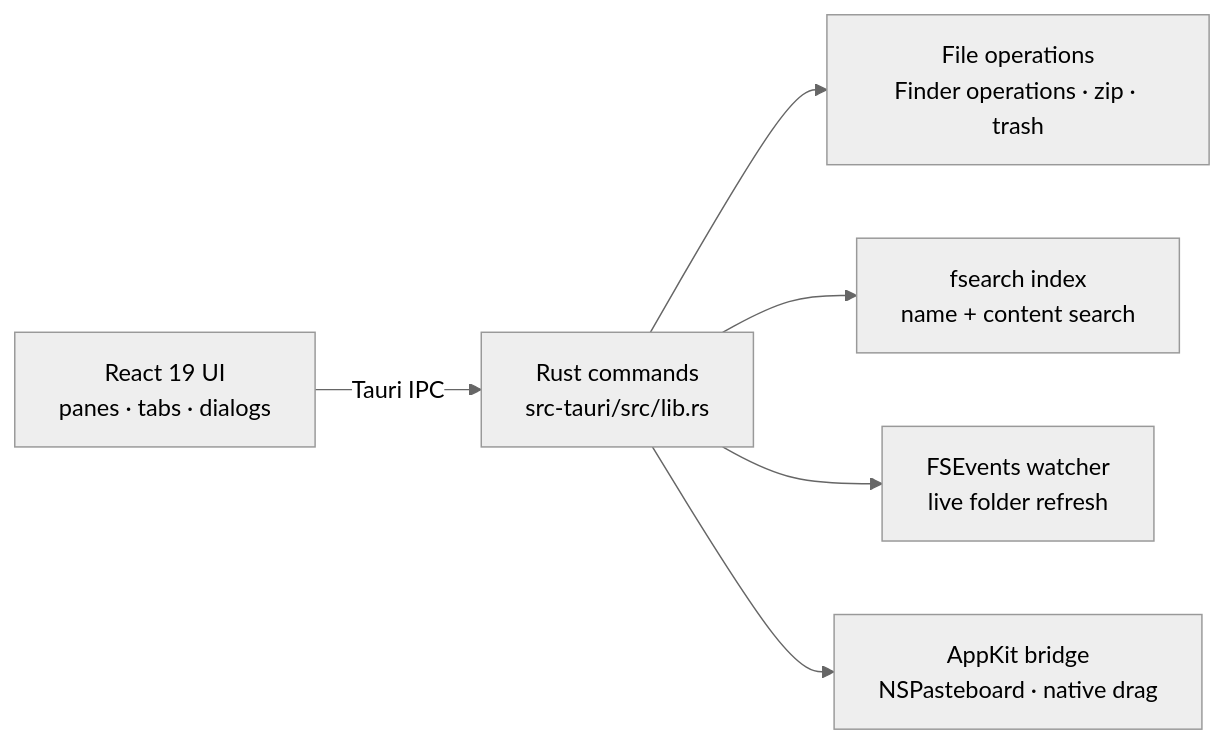
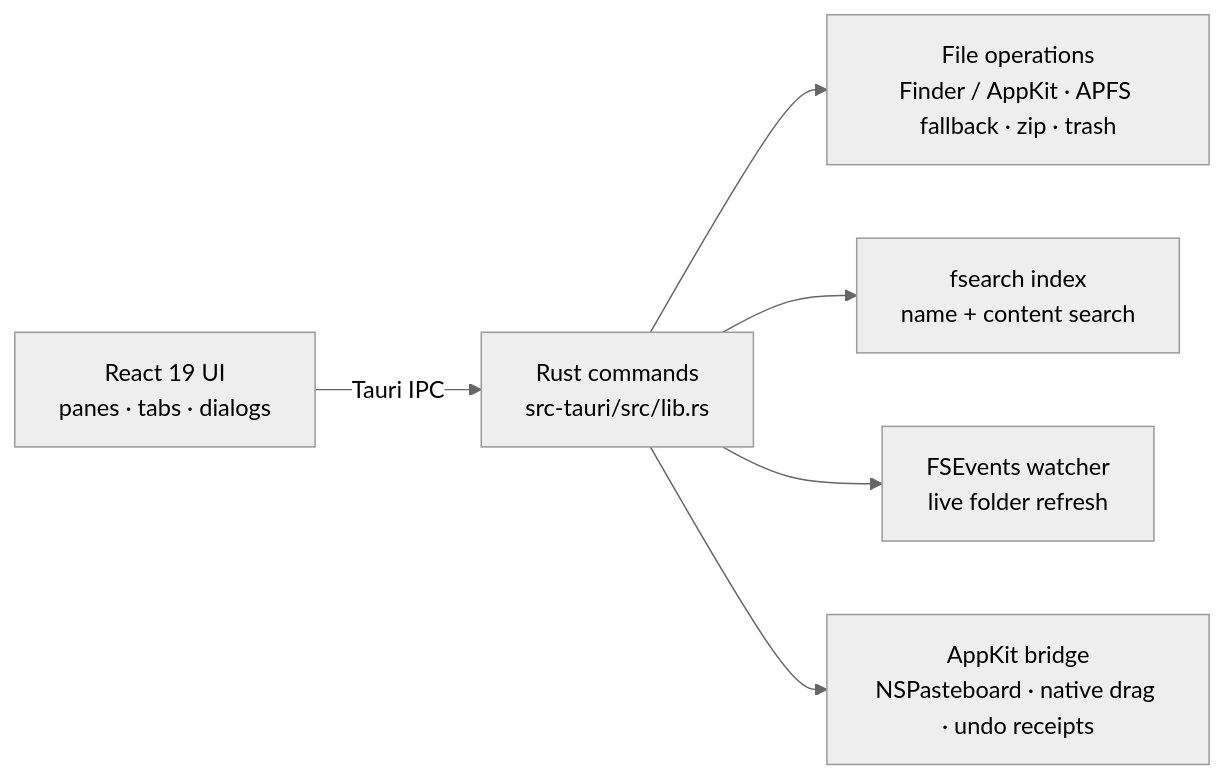
One commit to banduoba/bento changed the diagram in README.md. Above: the diagram before and after it, drawn with Mermaid (neutral theme). The commit also changed other lines of this file and 92 other files, not shown here.

````diff
--- a/README.md
+++ b/README.md
@@ -138,8 +149,8 @@
 ```mermaid
 flowchart LR
     UI["React 19 UI<br/>panes · tabs · dialogs"] -- "Tauri IPC" --> CMD["Rust commands<br/>src-tauri/src/lib.rs"]
-    CMD --> FS["File operations<br/>Finder operations · zip · trash"]
+    CMD --> FS["File operations<br/>Finder / AppKit · APFS fallback · zip · trash"]
     CMD --> IDX["fsearch index<br/>name + content search"]
     CMD --> WATCH["FSEvents watcher<br/>live folder refresh"]
-    CMD --> MAC["AppKit bridge<br/>NSPasteboard · native drag"]
+    CMD --> MAC["AppKit bridge<br/>NSPasteboard · native drag · undo receipts"]
 ```
````
